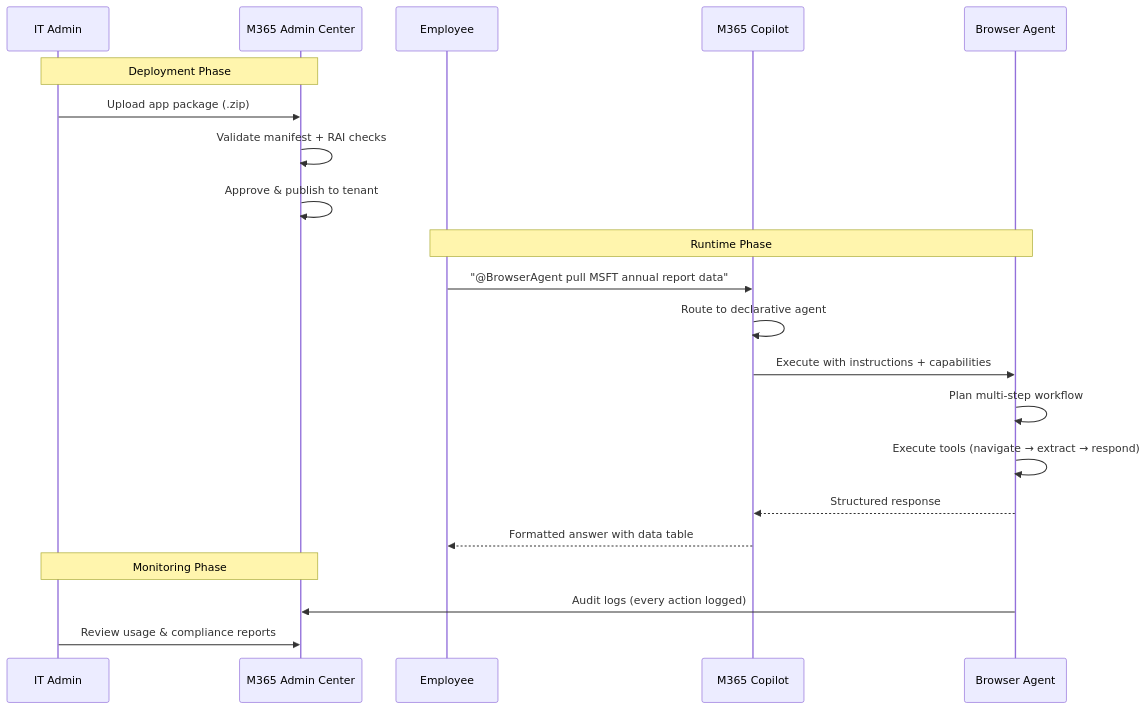
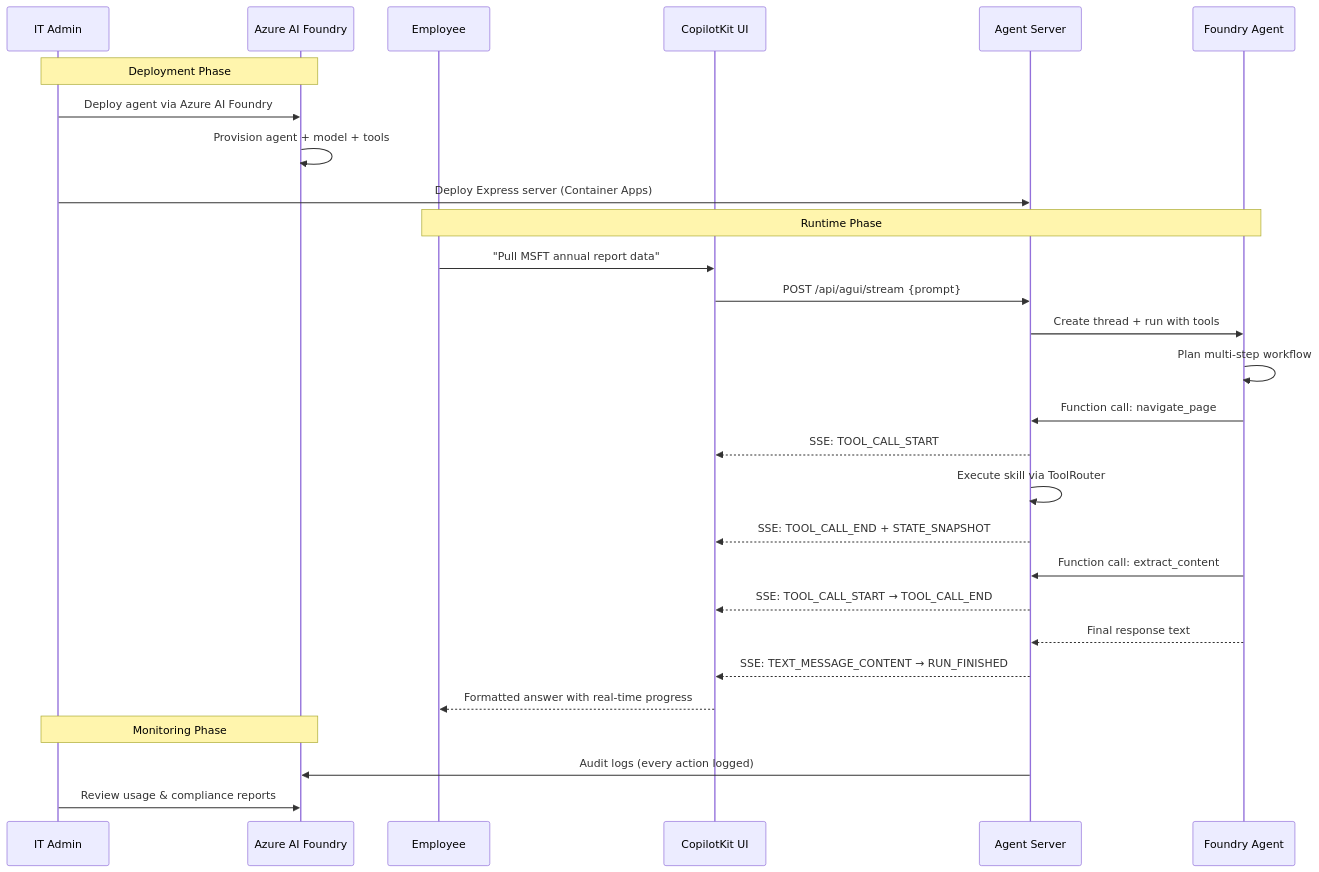
One commit to yjcmsft/Secure-Enterprise-Browser-Agentic-System changed the third of 5 diagrams in agents.md. Above: the diagram before and after it, drawn with Mermaid. The commit also changed other lines of this file and 16 other files, not shown here.

````diff
--- a/agents.md
+++ b/agents.md
@@ -271,26 +263,33 @@
 ```mermaid
 sequenceDiagram
     participant Admin as IT Admin
-    participant Store as M365 Admin Center
+    participant Foundry as Azure AI Foundry
     participant User as Employee
-    participant Copilot as M365 Copilot
-    participant Agent as Browser Agent
+    participant Frontend as CopilotKit UI
+    participant Server as Agent Server
+    participant Agent as Foundry Agent
 
-    Note over Admin,Store: Deployment Phase
-    Admin->>Store: Upload app package (.zip)
-    Store->>Store: Validate manifest + RAI checks
-    Store->>Store: Approve & publish to tenant
+    Note over Admin,Foundry: Deployment Phase
+    Admin->>Foundry: Deploy agent via Azure AI Foundry
+    Foundry->>Foundry: Provision agent + model + tools
+    Admin->>Server: Deploy Express server (Container Apps)
 
     Note over User,Agent: Runtime Phase
-    User->>Copilot: "@BrowserAgent pull MSFT annual report data"
-    Copilot->>Copilot: Route to declarative agent
-    Copilot->>Agent: Execute with instructions + capabilities
+    User->>Frontend: "Pull MSFT annual report data"
+    Frontend->>Server: POST /api/agui/stream {prompt}
+    Server->>Agent: Create thread + run with tools
     Agent->>Agent: Plan multi-step workflow
-    Agent->>Agent: Execute tools (navigate → extract → respond)
-    Agent-->>Copilot: Structured response
-    Copilot-->>User: Formatted answer with data table
+    Agent->>Server: Function call: navigate_page
+    Server-->>Frontend: SSE: TOOL_CALL_START
+    Server->>Server: Execute skill via ToolRouter
+    Server-->>Frontend: SSE: TOOL_CALL_END + STATE_SNAPSHOT
+    Agent->>Server: Function call: extract_content
+    Server-->>Frontend: SSE: TOOL_CALL_START → TOOL_CALL_END
+    Agent-->>Server: Final response text
+    Server-->>Frontend: SSE: TEXT_MESSAGE_CONTENT → RUN_FINISHED
+    Frontend-->>User: Formatted answer with real-time progress
 
-    Note over Admin,Store: Monitoring Phase
-    Agent->>Store: Audit logs (every action logged)
-    Admin->>Store: Review usage & compliance reports
+    Note over Admin,Foundry: Monitoring Phase
+    Server->>Foundry: Audit logs (every action logged)
+    Admin->>Foundry: Review usage & compliance reports
 ```
````
